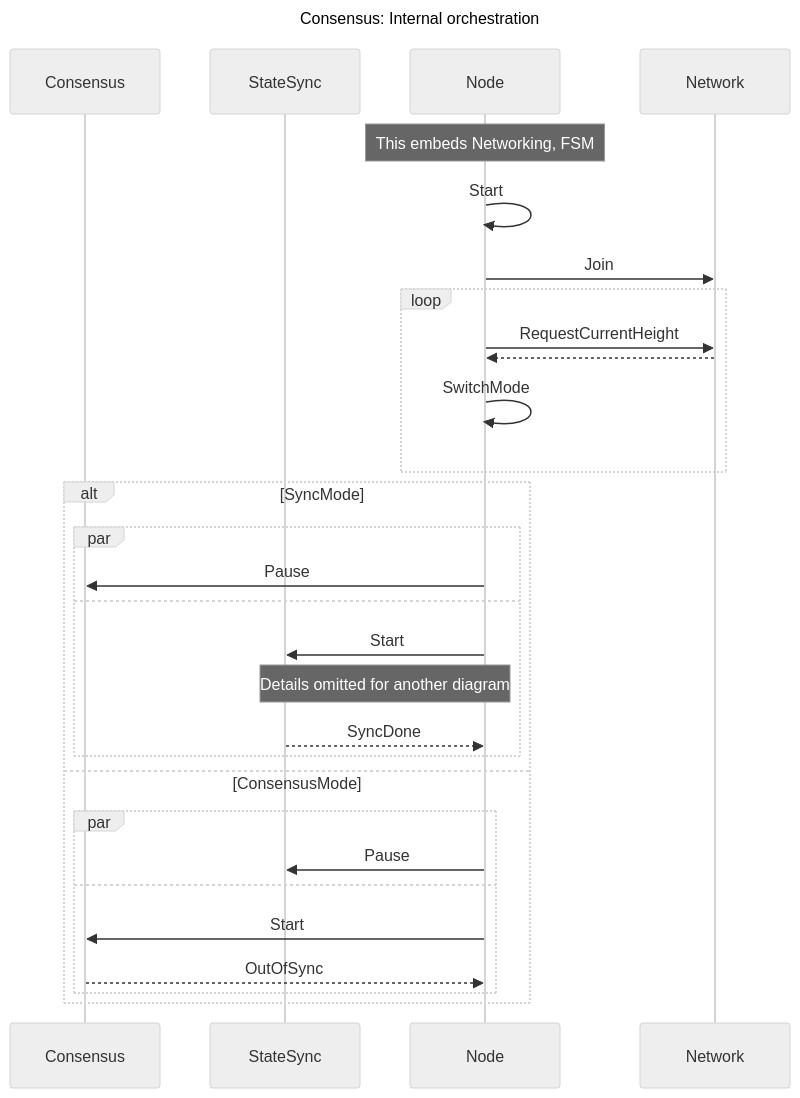
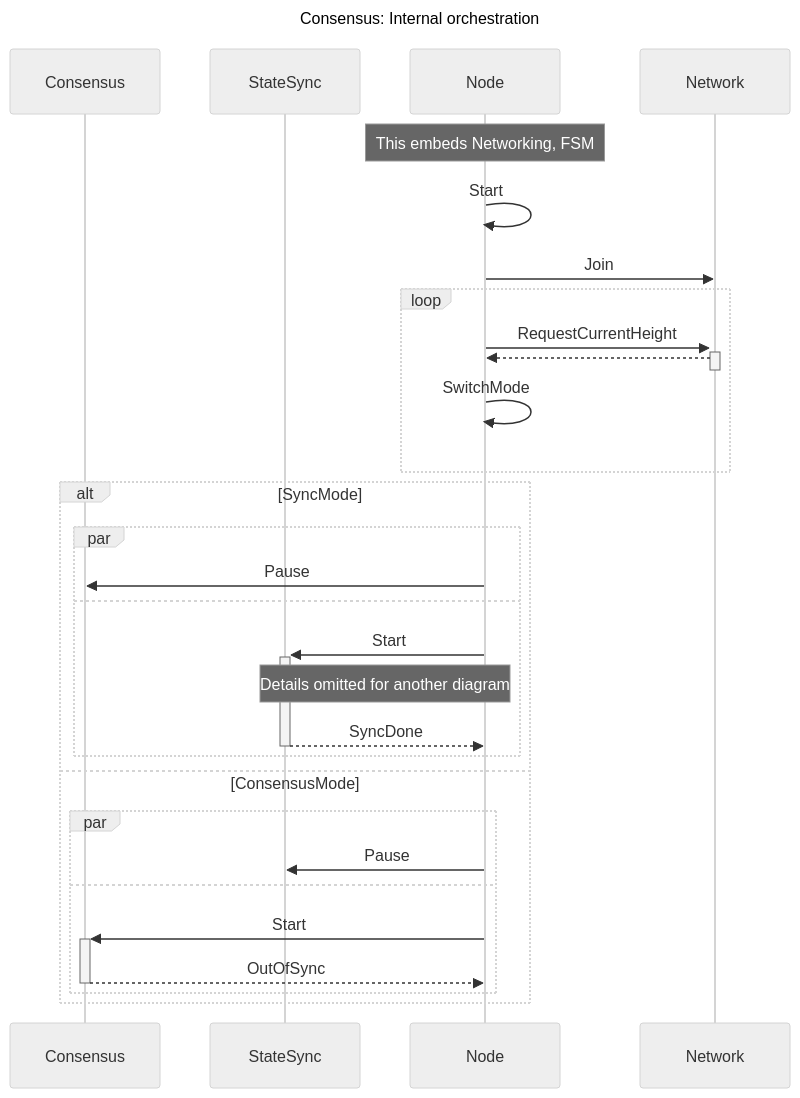
The fifth of 9 diagrams in consensus/README.md (pokt-network/pocket), drawn with Mermaid (neutral theme) before and after one commit. The commit also changed other lines of this file, not shown here.

````diff
--- a/consensus/README.md
+++ b/consensus/README.md
@@ -161,35 +161,35 @@
 ```mermaid
 sequenceDiagram
   title: Consensus: Internal orchestration
 
   participant Consensus
   participant StateSync
   Note over Node: This embeds Networking, FSM
   participant Node
   participant Network
 
   Node->>Node:Start
   Node->>Network:Join
   loop
-    Node->>Network:RequestCurrentHeight
-    Network-->>Node: 
+    Node->>+Network:RequestCurrentHeight
+    Network-->>-Node: 
     Node->>Node:SwitchMode
   end
 
   alt SyncMode
     par
       Node->>Consensus:Pause
     and
-      Node->>StateSync:Start
+      Node->>+StateSync:Start
       Note over Node,StateSync: Details omitted for another diagram
-      StateSync-->>Node:SyncDone
+      StateSync-->>-Node:SyncDone
     end
   else ConsensusMode
     par
       Node->>StateSync:Pause
     and
-      Node->>Consensus:Start
-      Consensus-->>Node:OutOfSync
+      Node->>+Consensus:Start
+      Consensus-->>-Node:OutOfSync
     end
   end
 ```
````
